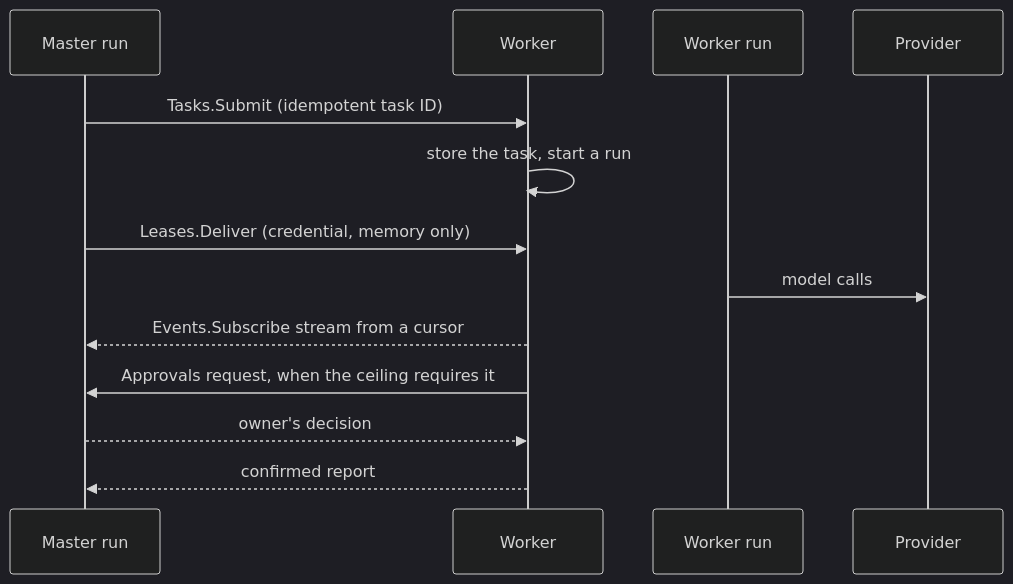
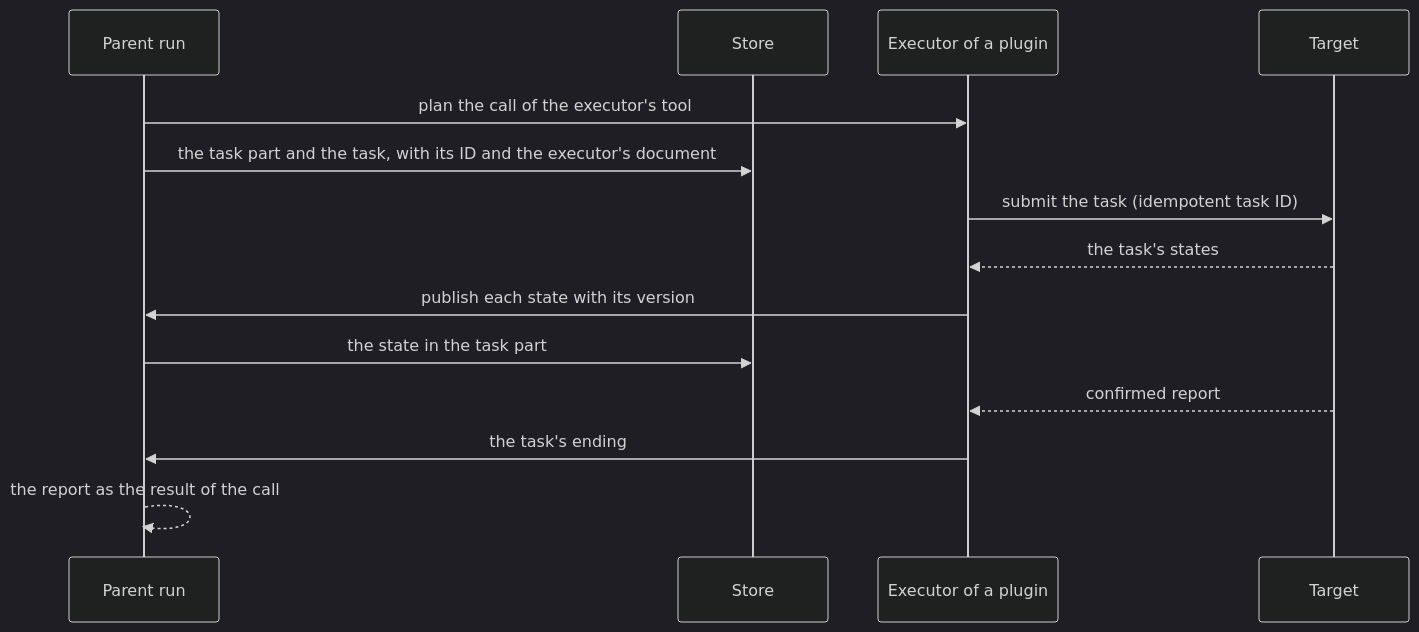
Before and after one commit to limbon2/mannie: the fourth of 4 diagrams in docs/architecture/overview.md, drawn with Mermaid (dark theme). The commit also changed other lines of this file and 337 other files, not shown here.

````diff
--- a/docs/architecture/overview.md
+++ b/docs/architecture/overview.md
@@ -122,15 +130,16 @@
 ```mermaid
 sequenceDiagram
-  participant MR as Master run
-  participant W as Worker
-  participant WR as Worker run
-  participant P as Provider
-  MR->>W: Tasks.Submit (idempotent task ID)
-  W->>W: store the task, start a run
-  MR->>W: Leases.Deliver (credential, memory only)
-  WR->>P: model calls
-  W-->>MR: Events.Subscribe stream from a cursor
-  W->>MR: Approvals request, when the ceiling requires it
-  MR-->>W: owner's decision
-  W-->>MR: confirmed report
+  participant Run as Parent run
+  participant Store as Store
+  participant E as Executor of a plugin
+  participant T as Target
+  Run->>E: plan the call of the executor's tool
+  Run->>Store: the task part and the task, with its ID and the executor's document
+  E->>T: submit the task (idempotent task ID)
+  T-->>E: the task's states
+  E->>Run: publish each state with its version
+  Run->>Store: the state in the task part
+  T-->>E: confirmed report
+  E->>Run: the task's ending
+  Run-->>Run: the report as the result of the call
 ```
````
